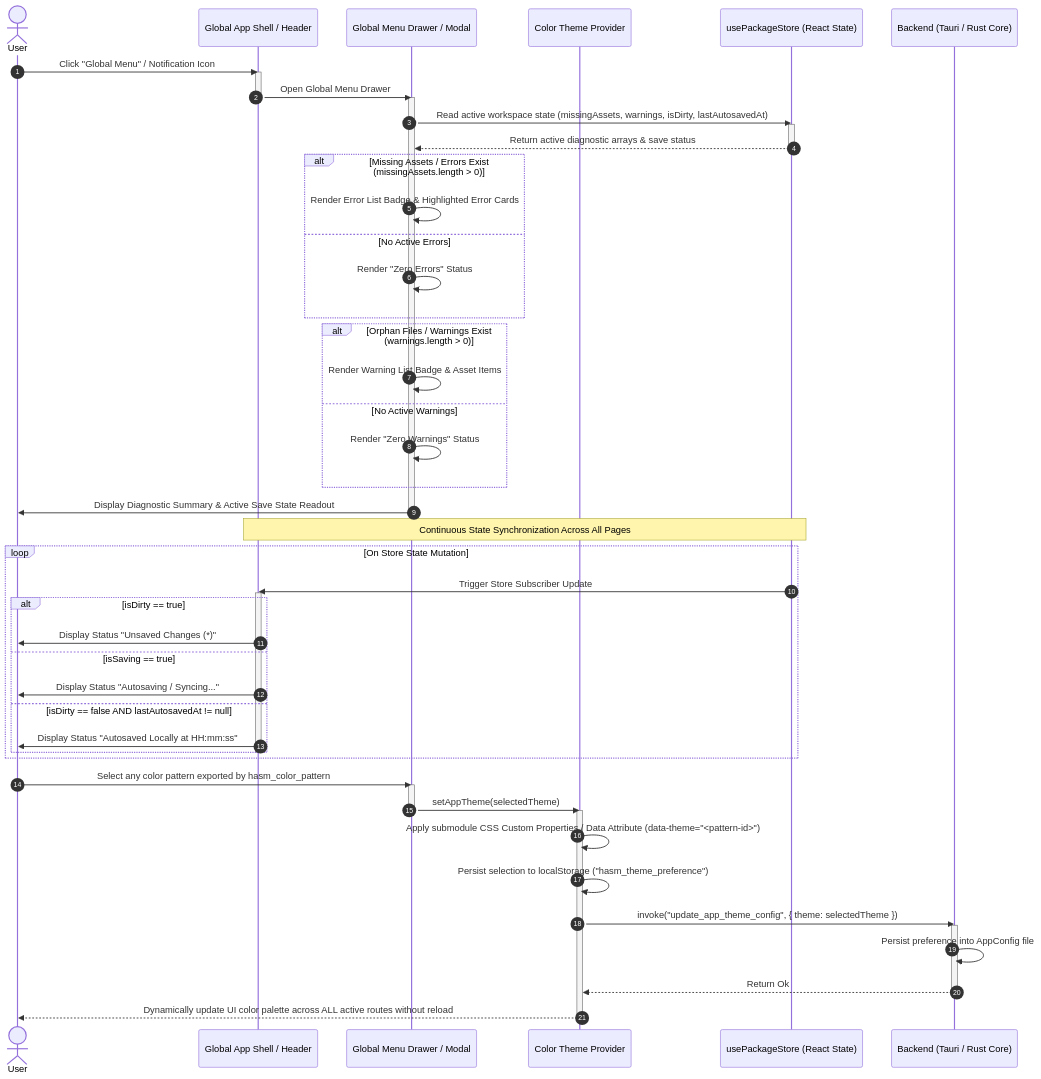
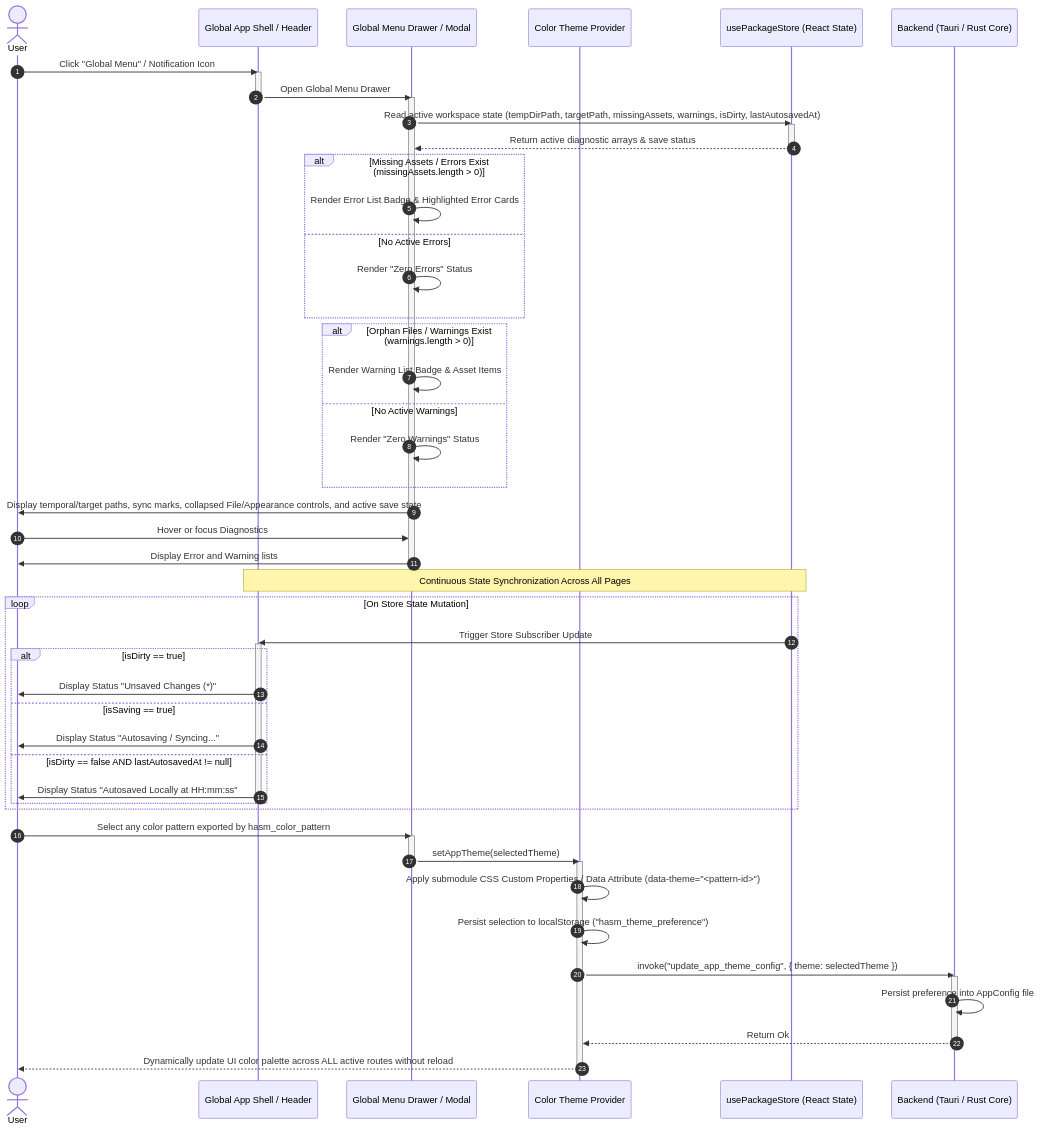
Before and after one commit to HibiyaHaraki/hasm_markdown: the diagram in docs/arch/15-SEQ-MD-06_Others.md, drawn with Mermaid. The commit also changed other lines of this file and 14 other files, not shown here.

````diff
--- a/docs/arch/15-SEQ-MD-06_Others.md
+++ b/docs/arch/15-SEQ-MD-06_Others.md
@@ -19,73 +21,75 @@
 ```mermaid
 sequenceDiagram
     autonumber
     actor User
     participant AppLayout as Global App Shell / Header
     participant GlobalMenu as Global Menu Drawer / Modal
     participant ThemeProvider as Color Theme Provider
     participant Store as usePackageStore (React State)
     participant Rust as Backend (Tauri / Rust Core)
 
     %% Phase 1: Global Menu Invocation & Diagnostic Inspection
     User->>AppLayout: Click "Global Menu" / Notification Icon
     activate AppLayout
     AppLayout->>GlobalMenu: Open Global Menu Drawer
     deactivate AppLayout
     activate GlobalMenu
 
-    GlobalMenu->>Store: Read active workspace state (missingAssets, warnings, isDirty, lastAutosavedAt)
+    GlobalMenu->>Store: Read active workspace state (tempDirPath, targetPath, missingAssets, warnings, isDirty, lastAutosavedAt)
     activate Store
     Store-->>GlobalMenu: Return active diagnostic arrays & save status
     deactivate Store
 
     alt Missing Assets / Errors Exist (missingAssets.length > 0)
         GlobalMenu->>GlobalMenu: Render Error List Badge & Highlighted Error Cards
     else No Active Errors
         GlobalMenu->>GlobalMenu: Render "Zero Errors" Status
     end
 
     alt Orphan Files / Warnings Exist (warnings.length > 0)
         GlobalMenu->>GlobalMenu: Render Warning List Badge & Asset Items
     else No Active Warnings
         GlobalMenu->>GlobalMenu: Render "Zero Warnings" Status
     end
 
-    GlobalMenu->>User: Display Diagnostic Summary & Active Save State Readout
+    GlobalMenu->>User: Display temporal/target paths, sync marks, collapsed File/Appearance controls, and active save state
+    User->>GlobalMenu: Hover or focus Diagnostics
+    GlobalMenu->>User: Display Error and Warning lists
     deactivate GlobalMenu
 
     %% Phase 2: Live Save State Readout Updates
     Note over AppLayout,Store: Continuous State Synchronization Across All Pages
     loop On Store State Mutation
         Store->>AppLayout: Trigger Store Subscriber Update
         activate AppLayout
         
         alt isDirty == true
             AppLayout->>User: Display Status "Unsaved Changes (*)"
         else isSaving == true
             AppLayout->>User: Display Status "Autosaving / Syncing..."
         else isDirty == false AND lastAutosavedAt != null
             AppLayout->>User: Display Status "Autosaved Locally at HH:mm:ss"
         end
         deactivate AppLayout
     end
 
     %% Phase 3: App-wide 3-Color Theme Switching
     User->>GlobalMenu: Select any color pattern exported by hasm_color_pattern
     activate GlobalMenu
     GlobalMenu->>ThemeProvider: setAppTheme(selectedTheme)
     deactivate GlobalMenu
     activate ThemeProvider
 
     ThemeProvider->>ThemeProvider: Apply submodule CSS Custom Properties / Data Attribute (data-theme="<pattern-id>")
     ThemeProvider->>ThemeProvider: Persist selection to localStorage ("hasm_theme_preference")
 
     ThemeProvider->>Rust: invoke("update_app_theme_config", { theme: selectedTheme })
     activate Rust
     Rust->>Rust: Persist preference into AppConfig file
     Rust-->>ThemeProvider: Return Ok
     deactivate Rust
 
     ThemeProvider-->>User: Dynamically update UI color palette across ALL active routes without reload
     deactivate ThemeProvider
 
 ```
````
